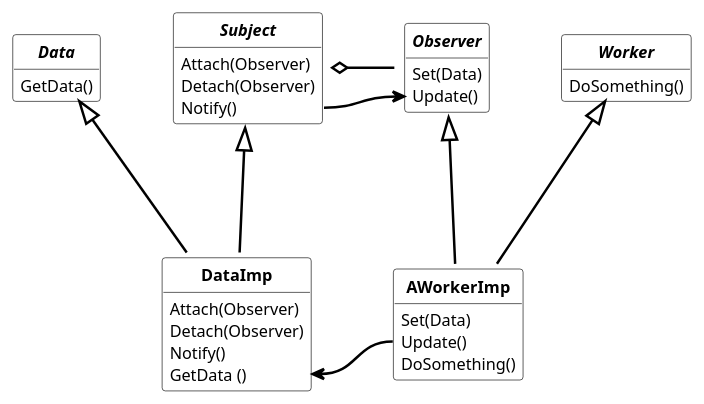
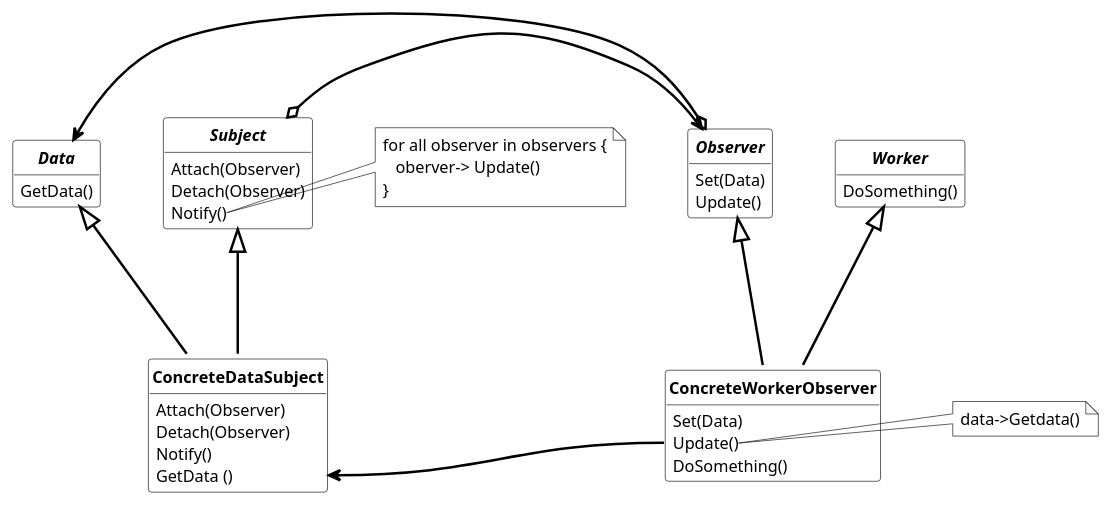
One commit to dst80/design-patterns changed the second of 2 diagrams in behavioral_pattern/observer/observer.md. Above: the diagram before and after it, drawn with PlantUML. The commit also changed other lines of this file, not shown here.

Commit message:
update observer

````diff
--- a/behavioral_pattern/observer/observer.md
+++ b/behavioral_pattern/observer/observer.md
@@ -81,61 +80,76 @@
 ```plantuml
 @startuml pull_observer
 skinparam ranksep 100
 skinparam nodesep 50
 skinparam class {
   FontSize 13
   AttributeFontSize 13
   FontStyle bold
   BackgroundColor transparent
   BorderColor black
 }
 skinparam arrow {
   Color black
   FontColor black
   Thickness 2
 }
 skinparam note {
   BackgroundColor transparent
   BorderColor black
 }
 hide circle
 hide fields
 
 together {
-  interface Data {
-      GetData()
-  }
-  interface Subject {
-    Attach(Observer) 
-    Detach(Observer)
-    Notify()
-  }
-  class DataImp extends Subject, Data {
-    Attach(Observer)
-    Detach(Observer)
-    Notify()
-    GetData ()
-  }
+    interface Data {
+        GetData()
+    }
+    interface Subject {
+        Attach(Observer) 
+        Detach(Observer)
+        Notify()
+    }
+    
+    note right of Subject::Notify
+        for all observer in observers {
+           oberver-> Update()  
+        }
+    end note
+
+    class ConcreteDataSubject extends Subject, Data {
+        Attach(Observer)
+        Detach(Observer)
+        Notify()
+        GetData ()
+      }
 }
 
-interface Observer {
-  Set(Data)
-  Update()
-}
-Interface Worker {
-  DoSomething()
+together {
+    interface Observer {
+        Set(Data)
+        Update()
+    }
+  
+    interface Worker {
+        DoSomething()
+    }
+
+    class ConcreteWorkerObserver extends Observer, Worker {
+        Set(Data)
+        Update()
+        DoSomething()
+    }
+
+    Observer -r[hidden] Worker
+
+    note right of ConcreteWorkerObserver::Update
+      data->Getdata()
+    end note
+
 }
 
-class AWorkerImp extends Worker, Observer {
-  Set(Data)
-  Update()
-  DoSomething()
-}
-
-Subject o- Observer
-
-Subject::Notify -> Observer::Update
-AWorkerImp::Update -> DataImp::GetData 
-
+Subject o-> Observer
+Data <-o Observer
+ConcreteDataSubject::GetData <- ConcreteWorkerObserver::Update
 @enduml
 ```
````
